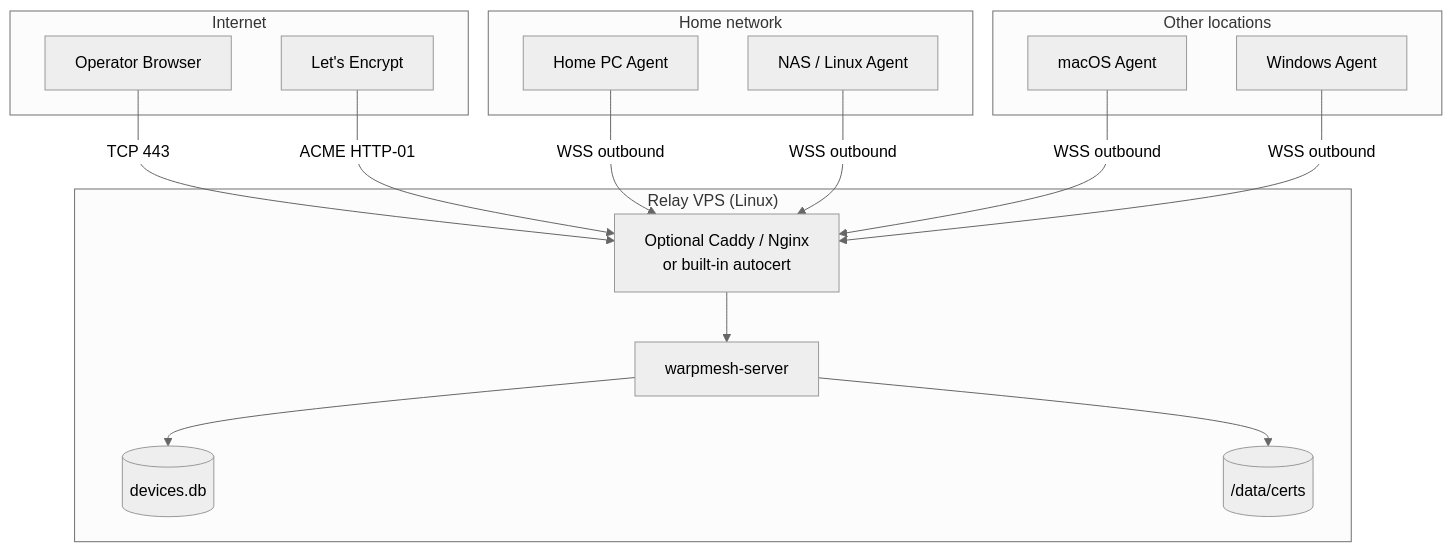
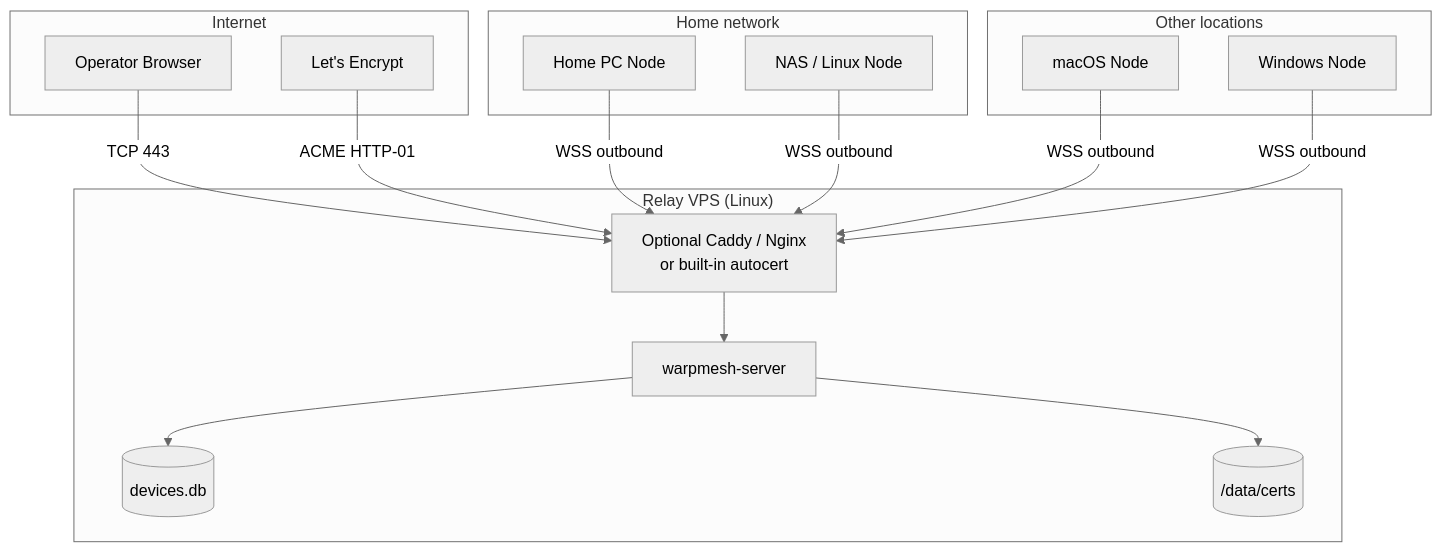
The second of 11 diagrams in docs/architecture.md (pcc-258/warpmesh), drawn with Mermaid (neutral theme) before and after one commit. The commit also changed other lines of this file and 107 other files, not shown here.

First line of the commit message:
feat(node): replace native agent with node runtime, add Windows client and OTA updates

````diff
--- a/docs/architecture.md
+++ b/docs/architecture.md
@@ -43,31 +44,31 @@
 ```mermaid
 flowchart TB
     subgraph Internet
         User[Operator Browser]
         LE[Let's Encrypt]
     end
     subgraph VPS["Relay VPS (Linux)"]
         Caddy[Optional Caddy / Nginx<br/>or built-in autocert]
         Server[warpmesh-server]
         SQLite[(devices.db)]
         Certs[(/data/certs)]
     end
     subgraph Home["Home network"]
-        PC[Home PC Agent]
-        NAS[NAS / Linux Agent]
+        PC[Home PC Node]
+        NAS[NAS / Linux Node]
     end
     subgraph Mobile["Other locations"]
-        Laptop[macOS Agent]
-        Win[Windows Agent]
+        Laptop[macOS Node]
+        Win[Windows Node]
     end
 
     User -->|TCP 443| Caddy
     LE -->|ACME HTTP-01| Caddy
     Caddy --> Server
     Server --> SQLite
     Server --> Certs
     PC -->|WSS outbound| Caddy
     NAS -->|WSS outbound| Caddy
     Laptop -->|WSS outbound| Caddy
     Win -->|WSS outbound| Caddy
 ```
````
